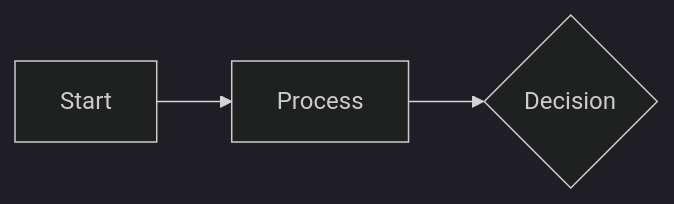
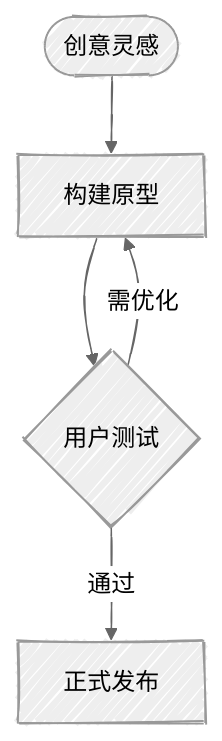
The second of 2 diagrams in skills/mermaid-diagrams/references/advanced-features.md (betterlmy/agent-skills), drawn with Mermaid before and after one commit. The commit also changed other lines of this file and 46 other files, not shown here.

````diff
--- a/skills/mermaid-diagrams/references/advanced-features.md
+++ b/skills/mermaid-diagrams/references/advanced-features.md
@@ -59,9 +41,12 @@
 ```mermaid
 ---
 config:
-  theme: dark
+  look: handDrawn
+  theme: neutral
 ---
-flowchart LR
-    A[Start] --> B[Process]
-    B --> C{Decision}
+flowchart TD
+    Idea([创意灵感]) --> Prototype[构建原型]
+    Prototype --> Test{用户测试}
+    Test -->|通过| Launch[正式发布]
+    Test -->|需优化| Prototype
 ```
````
